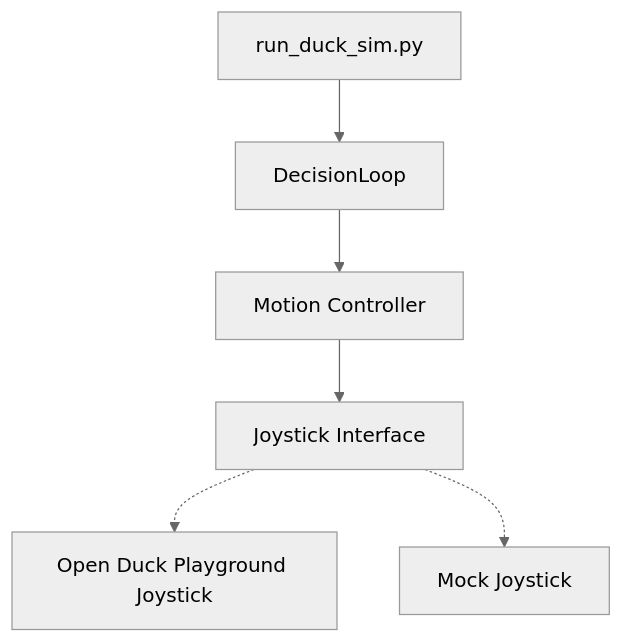
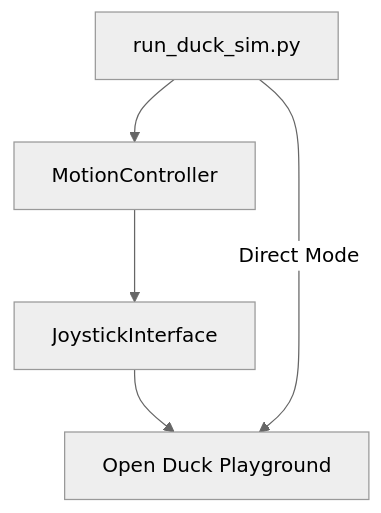
Before and after one commit to Aronnaxx/d00t: the diagram in SIMULATION.md, drawn with Mermaid (neutral theme). The commit also changed other lines of this file and 20 other files, not shown here.

````diff
--- a/SIMULATION.md
+++ b/SIMULATION.md
@@ -30,8 +47,7 @@
 ```mermaid
 graph TD
-    A[Motion Controller] --> B[Joystick Interface]
-    B -.-> C[Open Duck Playground Joystick]
-    B -.-> D[Mock Joystick]
-    E[DecisionLoop] --> A
-    F[run_duck_sim.py] --> E
+    A[run_duck_sim.py] --> B[MotionController]
+    B --> C[JoystickInterface]
+    C --> D[Open Duck Playground]
+    A --> |Direct Mode| D
 ```
````
